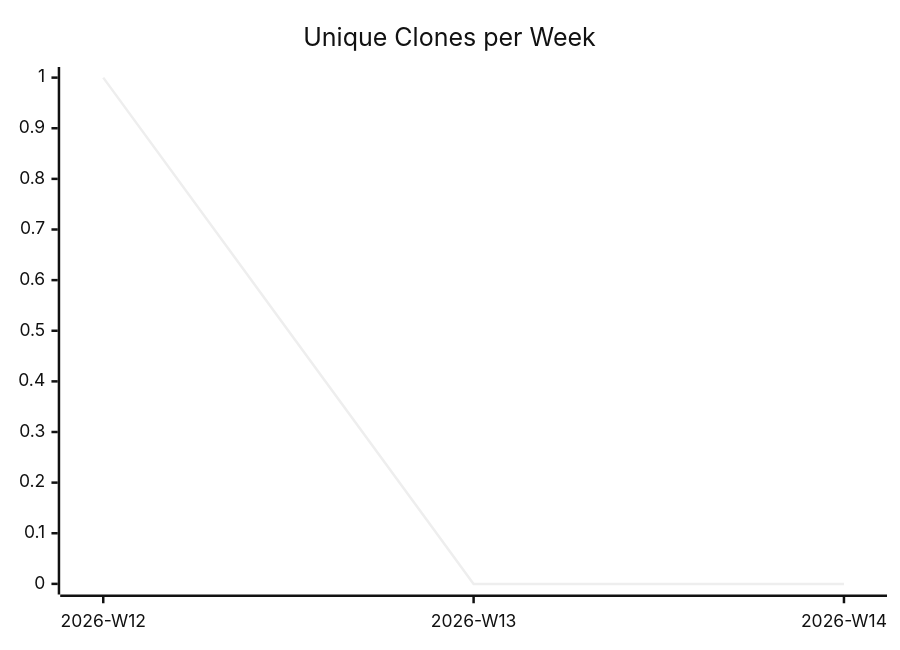
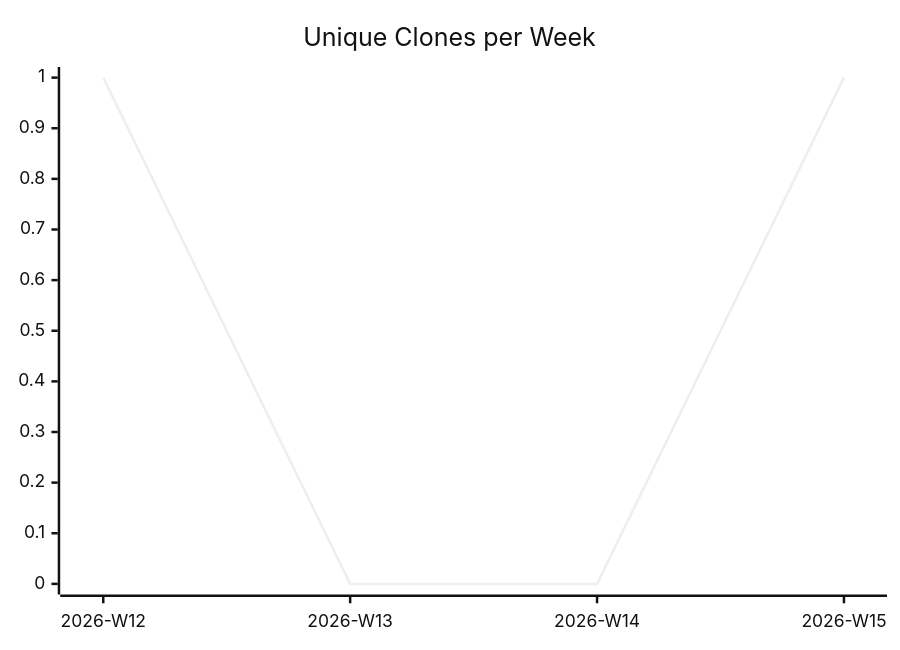
One commit to justdavis-family/github-analytics-data changed the third of 3 diagrams in karlmdavis/liquibase/README.md. Above: the diagram before and after it, drawn with Mermaid (neutral theme). The commit also changed other lines of this file and 191 other files, not shown here.

````diff
--- a/karlmdavis/liquibase/README.md
+++ b/karlmdavis/liquibase/README.md
@@ -19,6 +19,6 @@
 ```mermaid
 xychart-beta
   title "Unique Clones per Week"
-  x-axis ["2026-W12", "2026-W13", "2026-W14"]
-  line [1, 0, 0]
+  x-axis ["2026-W12", "2026-W13", "2026-W14", "2026-W15"]
+  line [1, 0, 0, 1]
 ```
````
